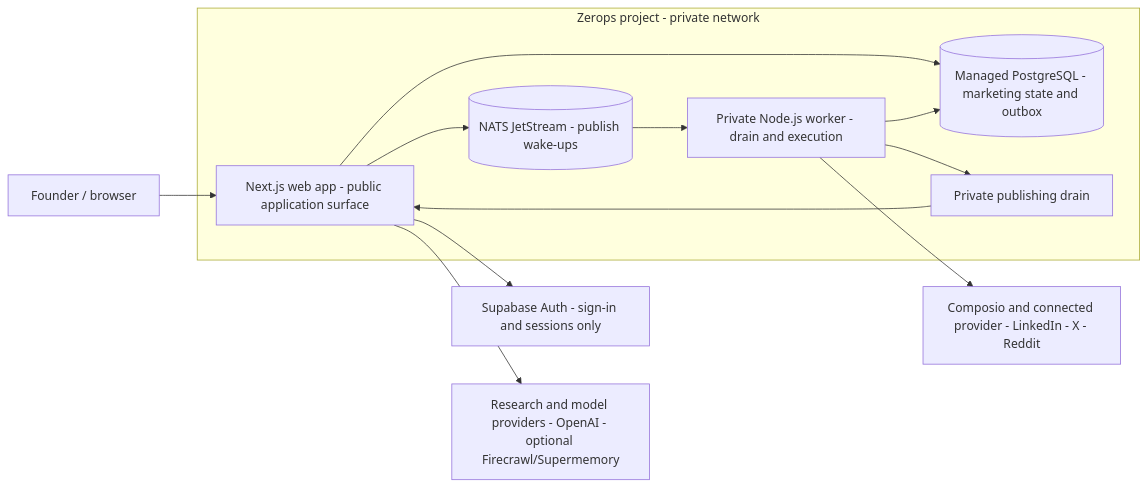
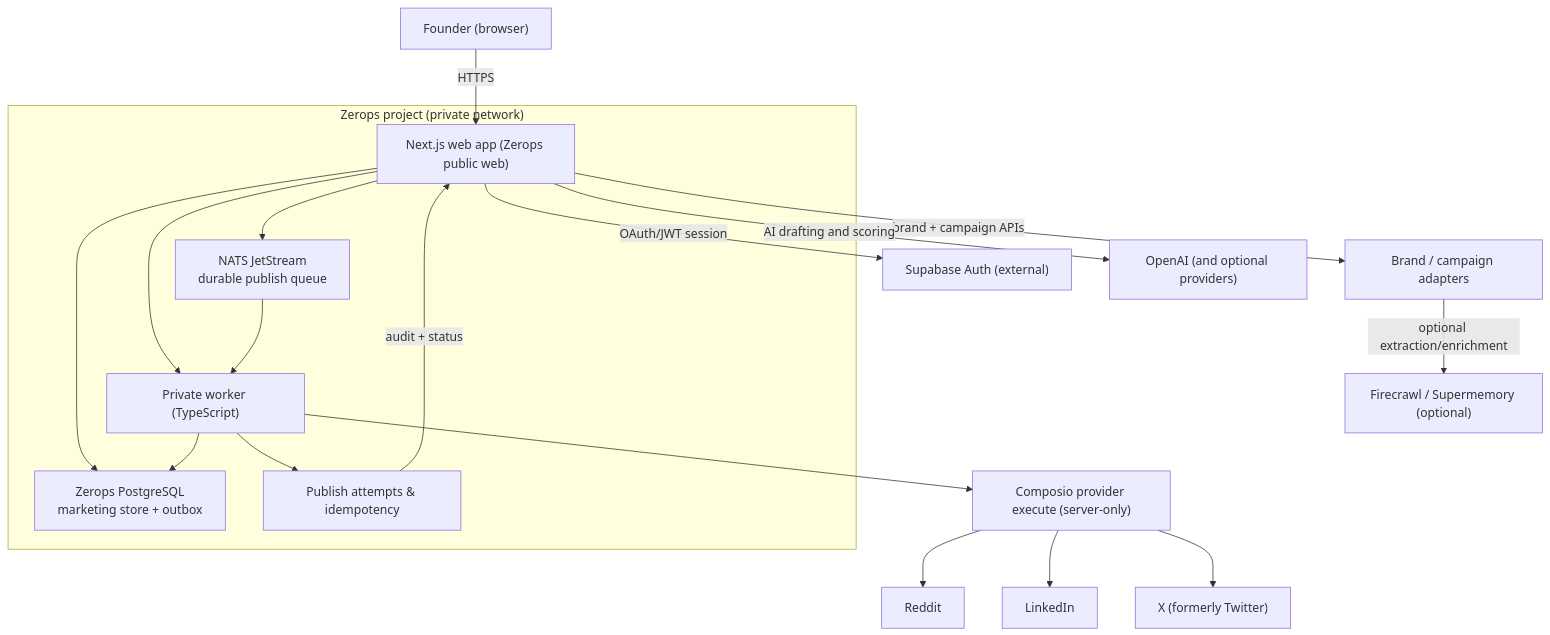
Before and after one commit to Anand-0038/vibemarketer: the diagram in README.md, drawn with Mermaid. The commit also changed other lines of this file and 2 other files, not shown here.

Commit message:
docs: update README with live screenshots and architecture diagram

````diff
--- a/README.md
+++ b/README.md
@@ -53,17 +52,24 @@
 ```mermaid
-flowchart LR
-    founder[Founder / browser] --> web[Next.js web app - public application surface]
-    web --> auth[Supabase Auth - sign-in and sessions only]
+flowchart TD
+    user["Founder (browser)"] -->|HTTPS| web["Next.js web app (Zerops public web)"]
+    web -->|OAuth/JWT session| supabase["Supabase Auth (external)"]
 
-    subgraph zerops[Zerops project - private network]
-        web --> db[(Managed PostgreSQL - marketing state and outbox)]
-        web --> nats[(NATS JetStream - publish wake-ups)]
-        nats --> worker[Private Node.js worker - drain and execution]
-        worker --> db
-        worker --> drain[Private publishing drain]
-        drain --> web
+    subgraph zerops["Zerops project (private network)"]
+        web --> postgres["Zerops PostgreSQL<br/>marketing store + outbox"]
+        web --> nats["NATS JetStream<br/>durable publish queue"]
+        web --> worker["Private worker (TypeScript)"]
+        nats --> worker
+        worker --> postgres
+        worker --> outbox["Publish attempts & idempotency"]
     end
 
-    web --> research[Research and model providers - OpenAI - optional Firecrawl/Supermemory]
-    worker --> publish[Composio and connected provider - LinkedIn - X - Reddit]
+    web -->|brand + campaign APIs| brand["Brand / campaign adapters"]
+    web -->|AI drafting and scoring| llm["OpenAI (and optional providers)"]
+    brand -->|optional extraction/enrichment| search["Firecrawl / Supermemory (optional)"]
+    worker --> connector["Composio provider execute (server-only)"]
+    connector --> reddit["Reddit"]
+    connector --> linkedin["LinkedIn"]
+    connector --> x["X (formerly Twitter)"]
+
+    outbox -->|audit + status| web
 ```
````
